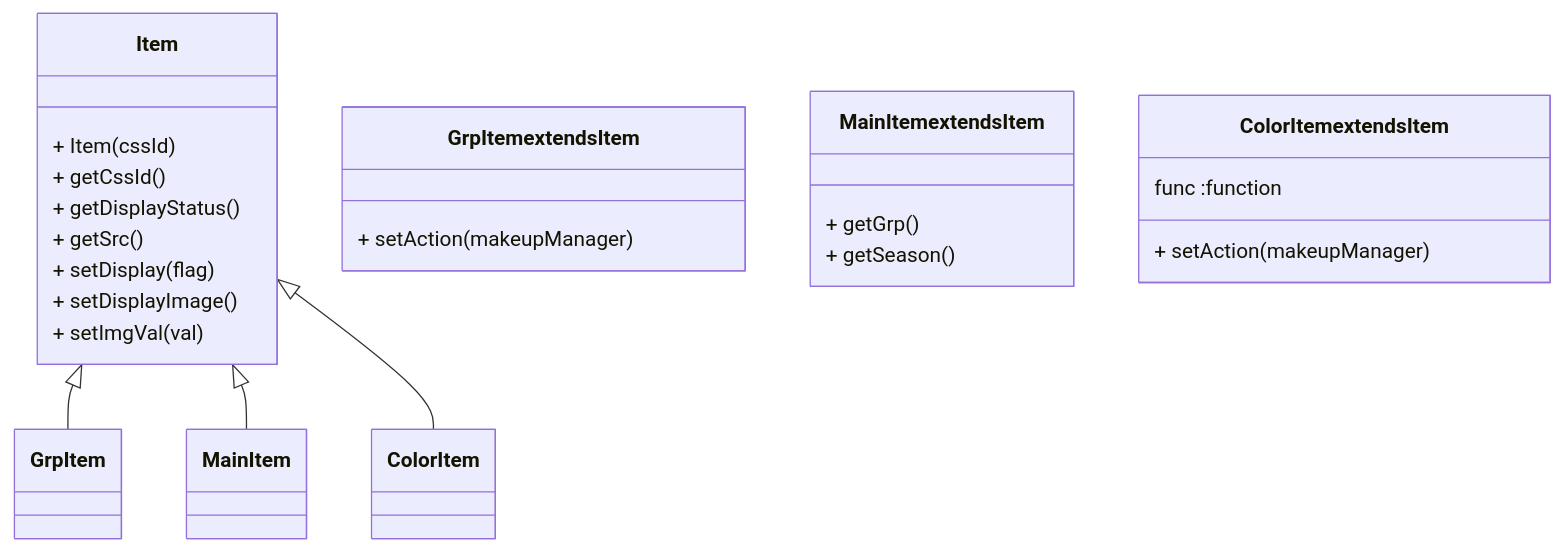
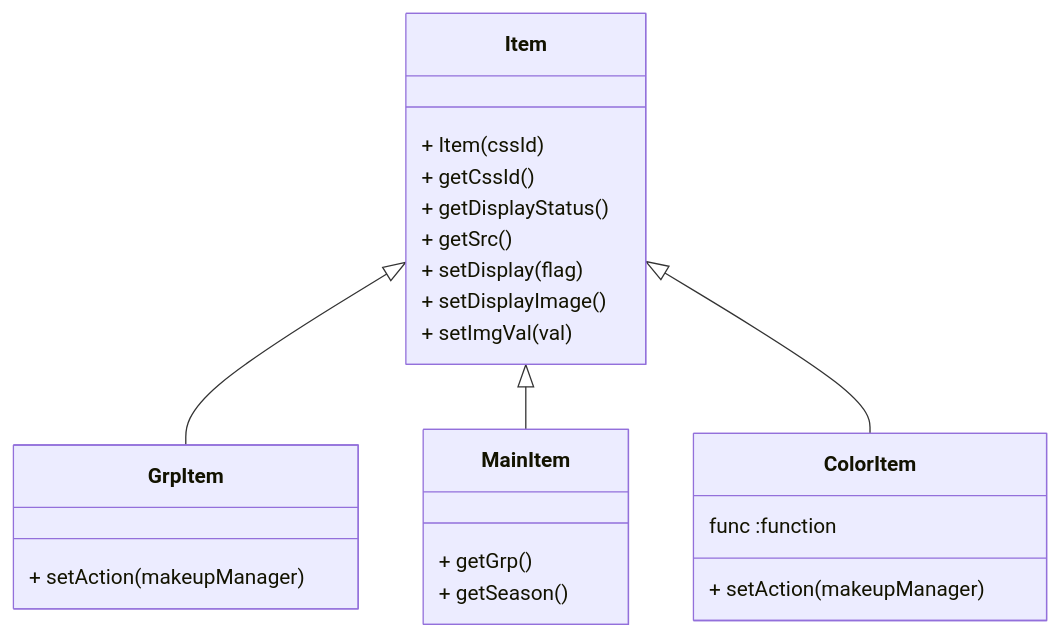
The second of 2 diagrams in classDiagram.md (data2coordi/pub_makeup), drawn with Mermaid before and after one commit.

````diff
--- a/classDiagram.md
+++ b/classDiagram.md
@@ -43,34 +43,34 @@
 ```mermaid
 classDiagram
 class Item {
 + Item(cssId)
 + getCssId()
 + getDisplayStatus()
 + getSrc()
 + setDisplay(flag)
 + setDisplayImage()
 + setImgVal(val)
 }
 
 
-class GrpItem extends Item {
+class GrpItem  {
 + setAction(makeupManager)
 }
 
 Item <|-- GrpItem
 
-class MainItem extends Item {
+class MainItem  {
 + getGrp()
 + getSeason()
 }
 
 Item <|-- MainItem
 
-class ColorItem extends Item {
+class ColorItem {
 func :function
 + setAction(makeupManager)
 }
 
 
 Item <|-- ColorItem
 ```
````
